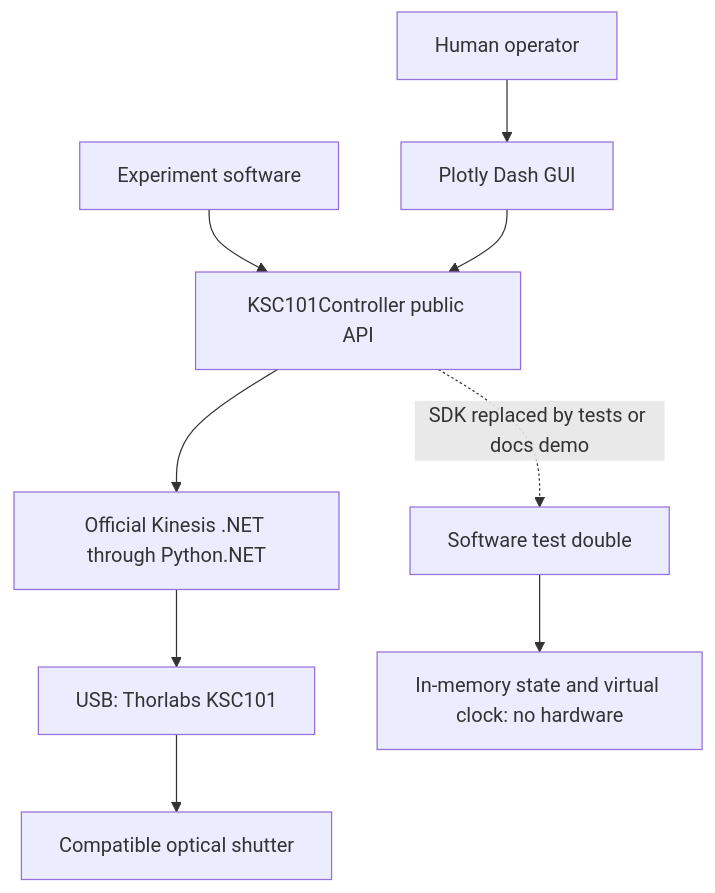
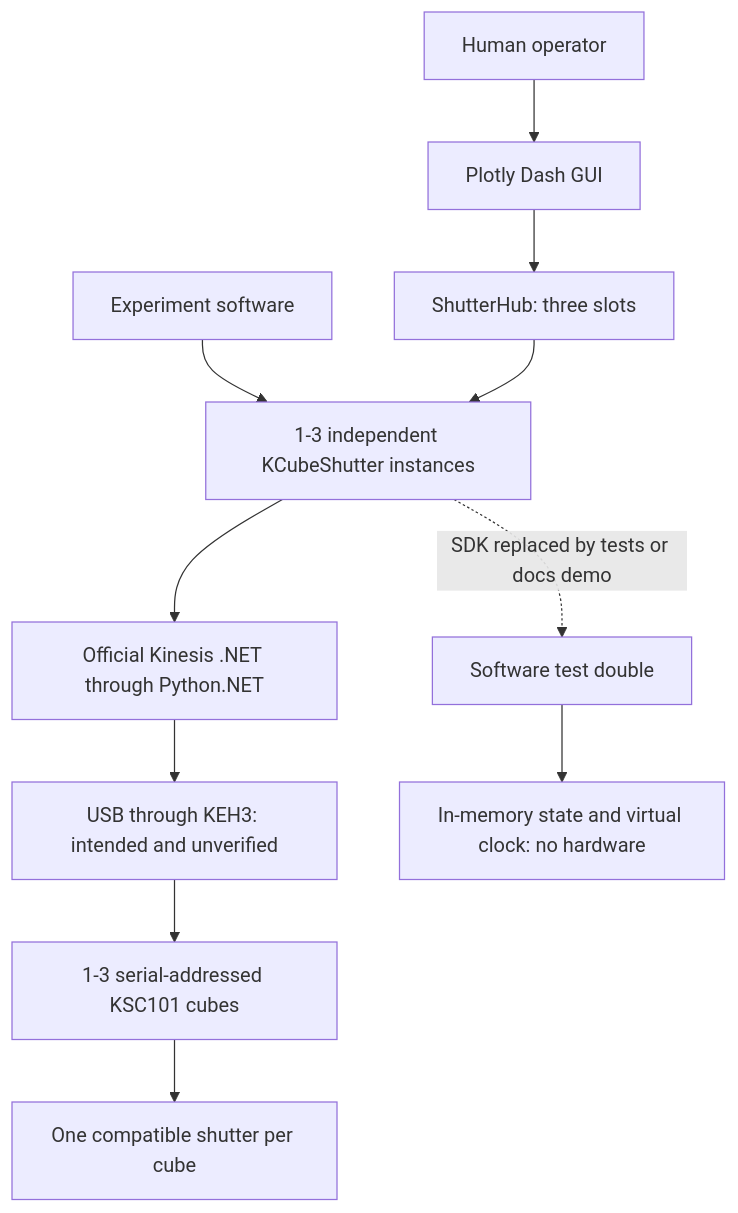
One commit to cct1123/thorlabs-shutter-control changed the diagram in docs/architecture.md. Above: the diagram before and after it, drawn with Mermaid. The commit also changed other lines of this file and 32 other files, not shown here.

Commit message:
Add three-shutter hub and independent KSC101 TTL controls

````diff
--- a/docs/architecture.md
+++ b/docs/architecture.md
@@ -9,11 +11,13 @@
 ```mermaid
 flowchart TD
     H[Human operator] --> G[Plotly Dash GUI]
-    E[Experiment software] --> C[KSC101Controller public API]
-    G --> C
+    E[Experiment software] --> C[1-3 independent KCubeShutter instances]
+    G --> B[ShutterHub: three slots]
+    B --> C
     C --> K[Official Kinesis .NET through Python.NET]
-    K --> U[USB: Thorlabs KSC101]
-    U --> S[Compatible optical shutter]
+    K --> U[USB through KEH3: intended and unverified]
+    U --> D[1-3 serial-addressed KSC101 cubes]
+    D --> S[One compatible shutter per cube]
     C -. SDK replaced by tests or docs demo .-> F[Software test double]
     F --> N[In-memory state and virtual clock: no hardware]
 ```
````
